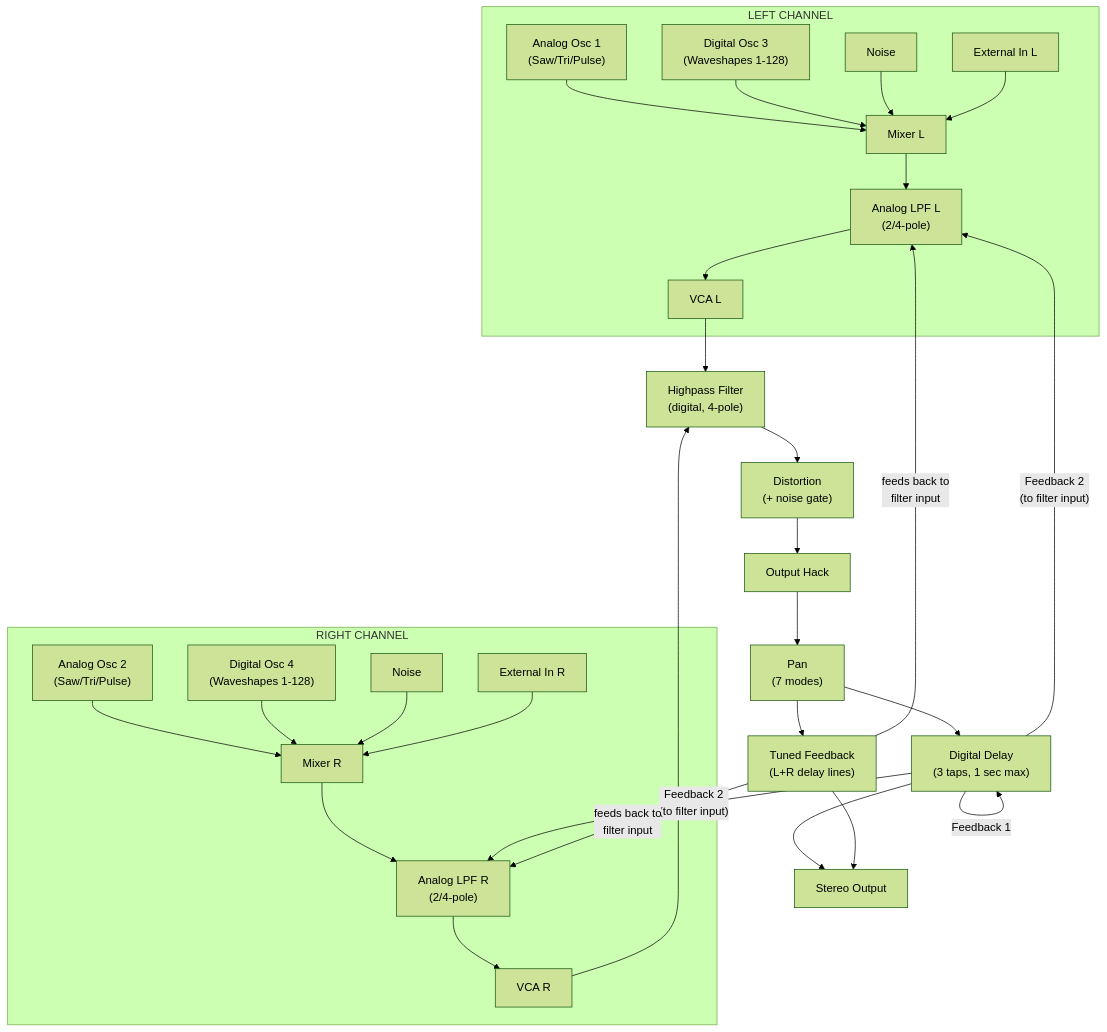
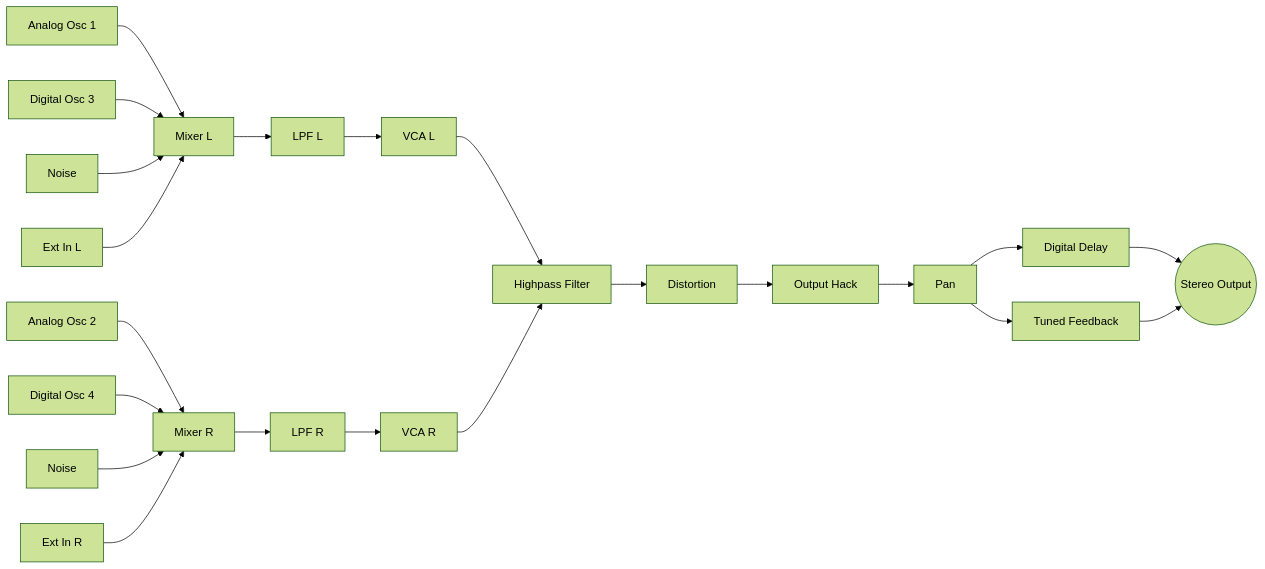
Before and after one commit to lovettbarron/evolver: the diagram in src/content/instruments/evolver/signal-flow.md, drawn with Mermaid (forest theme). The commit also changed 13 other files, not shown here.

````diff
--- a/src/content/instruments/evolver/signal-flow.md
+++ b/src/content/instruments/evolver/signal-flow.md
@@ -12,57 +12,25 @@
 ```mermaid
-graph TD
-    subgraph LEFT["LEFT CHANNEL"]
-        AO1["Analog Osc 1<br/>(Saw/Tri/Pulse)"]
-        DO3["Digital Osc 3<br/>(Waveshapes 1-128)"]
-        NL["Noise"]
-        EIL["External In L"]
-        MIXL["Mixer L"]
-        LPFL["Analog LPF L<br/>(2/4-pole)"]
-        VCAL["VCA L"]
-    end
+graph LR
+    %% Left channel
+    AO1["Analog Osc 1"] --> MIXL["Mixer L"]
+    DO3["Digital Osc 3"] --> MIXL
+    NL["Noise"] --> MIXL
+    EIL["Ext In L"] --> MIXL
+    MIXL --> LPFL["LPF L"] --> VCAL["VCA L"]
 
-    subgraph RIGHT["RIGHT CHANNEL"]
-        AO2["Analog Osc 2<br/>(Saw/Tri/Pulse)"]
-        DO4["Digital Osc 4<br/>(Waveshapes 1-128)"]
-        NR["Noise"]
-        EIR["External In R"]
-        MIXR["Mixer R"]
-        LPFR["Analog LPF R<br/>(2/4-pole)"]
-        VCAR["VCA R"]
-    end
+    %% Right channel
+    AO2["Analog Osc 2"] --> MIXR["Mixer R"]
+    DO4["Digital Osc 4"] --> MIXR
+    NR["Noise"] --> MIXR
+    EIR["Ext In R"] --> MIXR
+    MIXR --> LPFR["LPF R"] --> VCAR["VCA R"]
 
-    AO1 --> MIXL
-    DO3 --> MIXL
-    NL --> MIXL
-    EIL --> MIXL
+    %% Shared processing
+    VCAL --> HPF["Highpass Filter"]
+    VCAR --> HPF
+    HPF --> DIST["Distortion"] --> HACK["Output Hack"] --> PAN["Pan"]
 
-    AO2 --> MIXR
-    DO4 --> MIXR
-    NR --> MIXR
-    EIR --> MIXR
-
-    MIXL --> LPFL
-    LPFL --> VCAL
-
-    MIXR --> LPFR
-    LPFR --> VCAR
-
-    VCAL --> HPF["Highpass Filter<br/>(digital, 4-pole)"]
-    VCAR --> HPF
-
-    HPF --> DIST["Distortion<br/>(+ noise gate)"]
-    DIST --> HACK["Output Hack"]
-    HACK --> PAN["Pan<br/>(7 modes)"]
-
-    PAN --> DELAY["Digital Delay<br/>(3 taps, 1 sec max)"]
-    DELAY -->|"Feedback 1"| DELAY
-    DELAY -->|"Feedback 2<br/>(to filter input)"| LPFL
-    DELAY -->|"Feedback 2<br/>(to filter input)"| LPFR
-
-    PAN --> TFB["Tuned Feedback<br/>(L+R delay lines)"]
-    TFB -->|"feeds back to<br/>filter input"| LPFL
-    TFB -->|"feeds back to<br/>filter input"| LPFR
-
-    DELAY --> OUT["Stereo Output"]
-    TFB --> OUT
+    %% Output
+    PAN --> DELAY["Digital Delay"] --> OUT(("Stereo Output"))
+    PAN --> TFB["Tuned Feedback"] --> OUT
 ```
````
